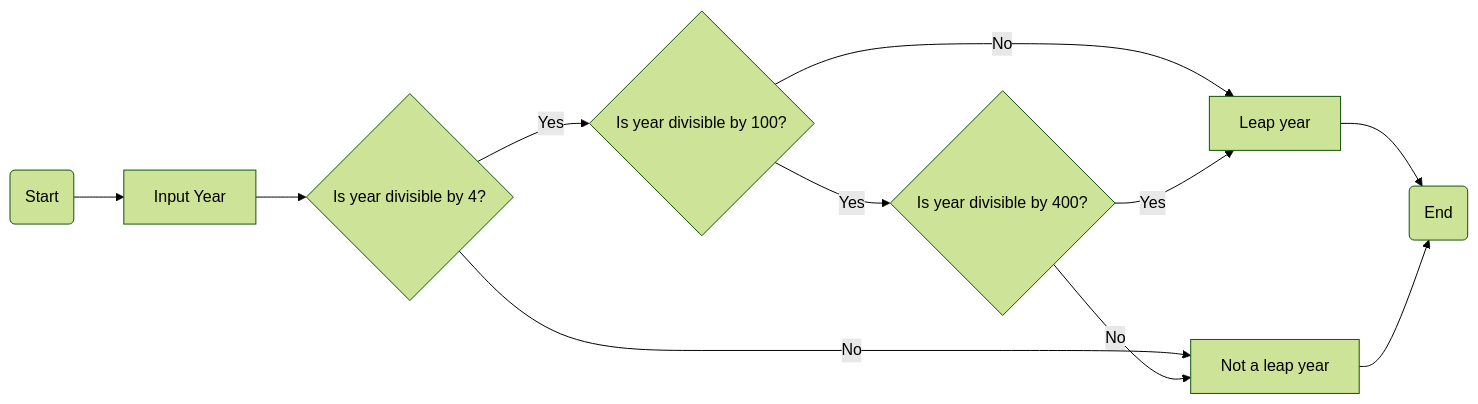
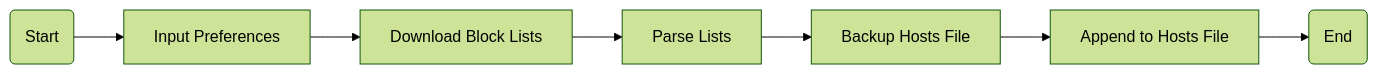
Before and after one commit to Reenhaider/ICTPRG434--Software-Project: the diagram in ICTPRG434_CSP_Template.md, drawn with Mermaid (forest theme). The commit also changed other lines of this file, not shown here.

````diff
--- a/ICTPRG434_CSP_Template.md
+++ b/ICTPRG434_CSP_Template.md
@@ -38,13 +56,9 @@
 ```mermaid
 flowchart LR
-    A(Start) --> B[Input Year]
-    B --> C{Is year divisible by 4?}
-    C -- Yes --> D{Is year divisible by 100?}
-    C -- No --> E[Not a leap year]
-    D -- Yes --> F{Is year divisible by 400?}
-    D -- No --> G[Leap year]
-    F -- Yes --> G
-    F -- No --> E
-    G --> H(End)
-    E --> H(End)
+    A(Start) --> B[Input Preferences]
+    B --> C[Download Block Lists]
+    C --> D[Parse Lists]
+    D --> E[Backup Hosts File]
+    E --> F[Append to Hosts File]
+    F --> G(End)
 ```
````
